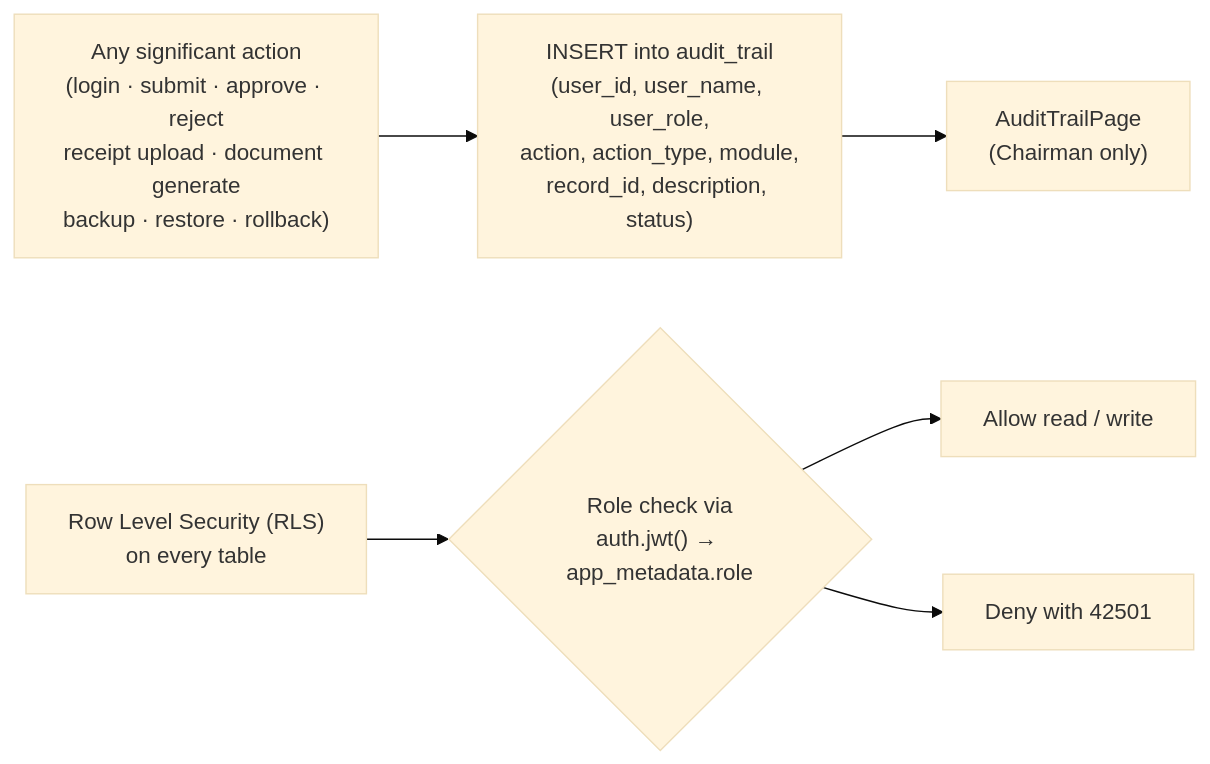
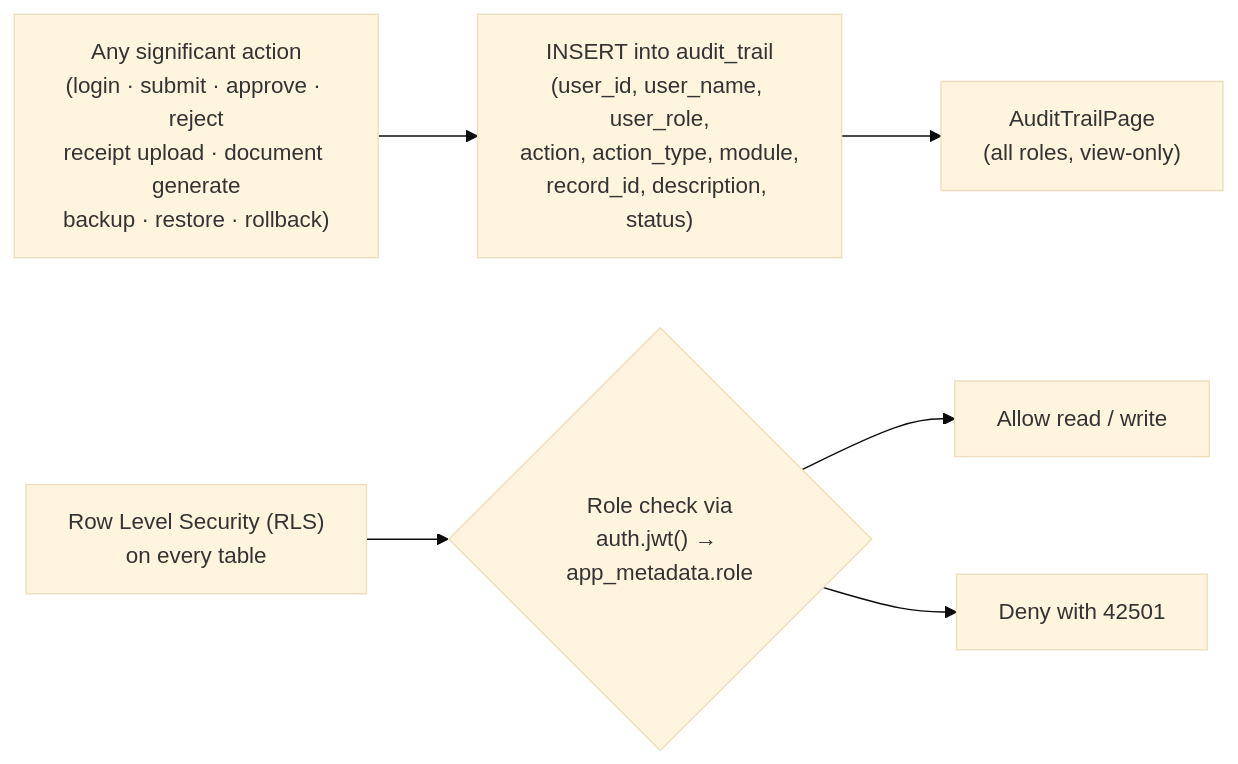
The seventh of 8 diagrams in docs/SYSTEM_FLOW.md (Zander1211/cuenta-sk-budget-system), drawn with Mermaid (base theme) before and after one commit. The commit also changed 17 other files, not shown here.

````diff
--- a/docs/SYSTEM_FLOW.md
+++ b/docs/SYSTEM_FLOW.md
@@ -266,11 +266,11 @@
 ```mermaid
 flowchart LR
     ACTION["Any significant action\n(login · submit · approve · reject\nreceipt upload · document generate\nbackup · restore · rollback)"]
     --> AUDIT["INSERT into audit_trail\n(user_id, user_name, user_role,\naction, action_type, module,\nrecord_id, description, status)"]
 
-    AUDIT --> VIEW["AuditTrailPage\n(Chairman only)"]
+    AUDIT --> VIEW["AuditTrailPage\n(all roles, view-only)"]
 
     RLS["Row Level Security (RLS)\non every table"] --> ROLE_CHECK{"Role check via\nauth.jwt() → app_metadata.role"}
     ROLE_CHECK --> ALLOW["Allow read / write"]
     ROLE_CHECK --> DENY["Deny with 42501"]
 ```
````
